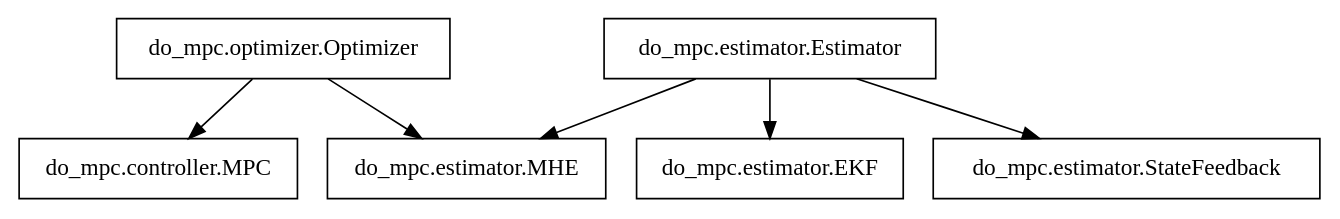
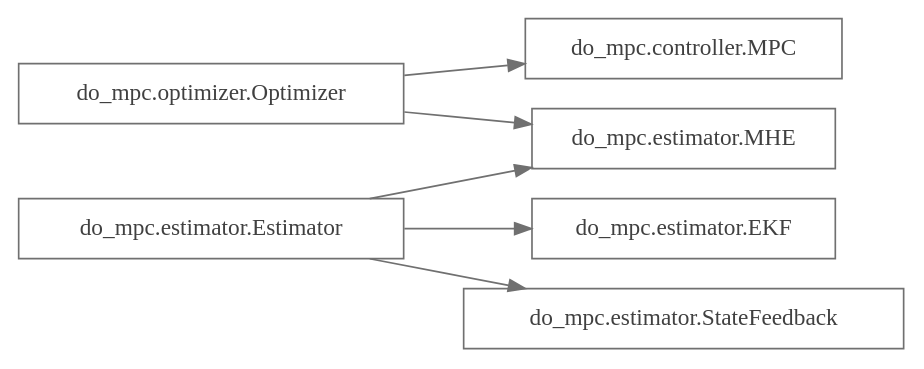
Before and after one commit to do-mpc/do-mpc: the diagram in documentation/source/do_mpc.rst, drawn with Graphviz. The commit also changed other lines of this file and 5 other files, not shown here.

```diff
--- a/documentation/source/do_mpc.rst
+++ b/documentation/source/do_mpc.rst
@@ -6,13 +6,21 @@
 .. graphviz::
     :name: class_inheritance
-    :caption: Class inheritance.
+    :caption: Class inheritance. Click on classes for more information.
     :align: center
 
     digraph G {
-        graph [fontname = "Monaco"];
-        node [fontname = "Monaco", shape=box];
-        edge [fontname = "Monaco"];
+        graph [fontname = "Consolas"];
+        node [fontname = "Consolas", shape=box, fontcolor="#404040", color="#707070"];
+        edge [fontname = "Consolas", color="#707070"];
+        rankdir=LR;
 
-        "do_mpc.optimizer.Optimizer" -> "do_mpc.controller.MPC", "do_mpc.estimator.MHE"
-        "do_mpc.estimator.Estimator" -> "do_mpc.estimator.EKF", "do_mpc.estimator.StateFeedback", "do_mpc.estimator.MHE"
+        optimizer [label="do_mpc.optimizer.Optimizer", href="../do_mpc.html#module-do_mpc.optimizer", target="_top"];
+        MPC [label="do_mpc.controller.MPC", href="../do_mpc.html#do_mpc.controller.MPC", target="_top"];
+        MHE [label="do_mpc.estimator.MHE", href="../do_mpc.html#do_mpc.estimator.MHE", target="_top"];
+        Estimator [label="do_mpc.estimator.Estimator", href="../do_mpc.html#do_mpc.estimator.Estimator", target="_top"];
+        EKF [label="do_mpc.estimator.EKF", href="../do_mpc.html#do_mpc.estimator.EKF", target="_top"];
+        StateFeedback [label="do_mpc.estimator.StateFeedback", href="../do_mpc.html#do_mpc.estimator.StateFeedback", target="_top"];
+
+        optimizer -> MPC, MHE;
+        Estimator -> EKF, StateFeedback, MHE;
     }
```
